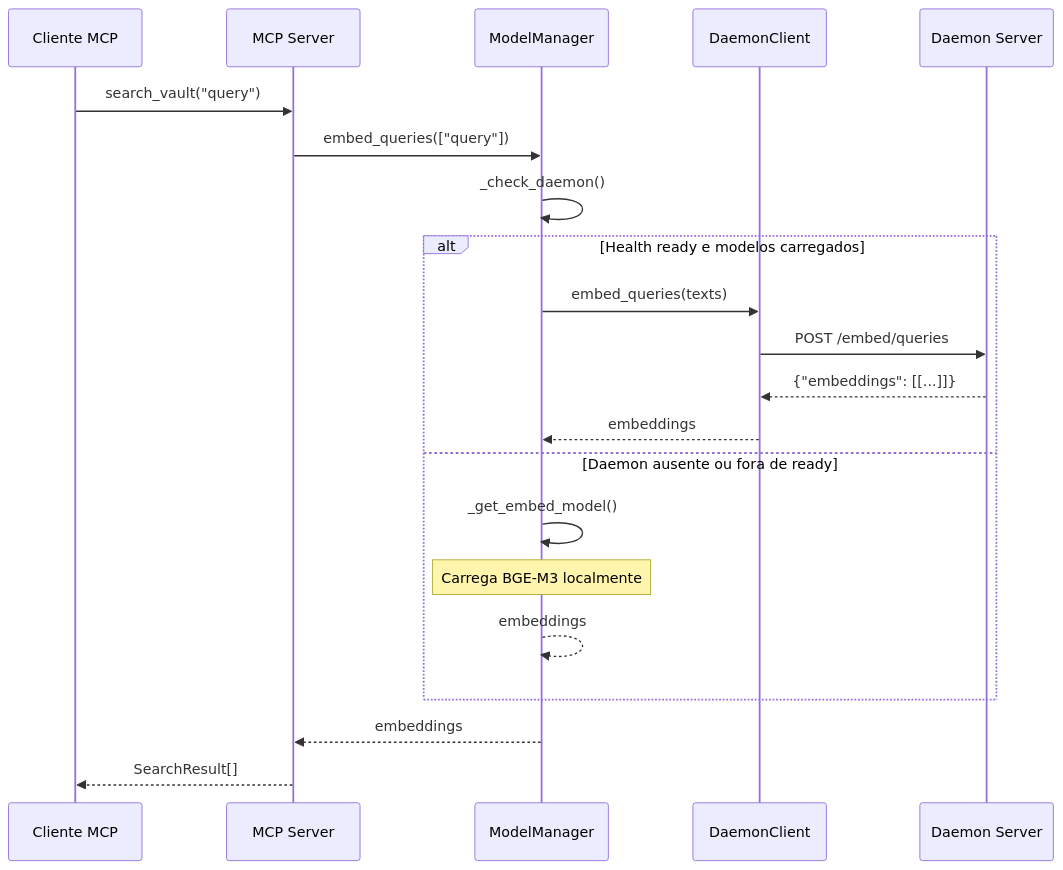
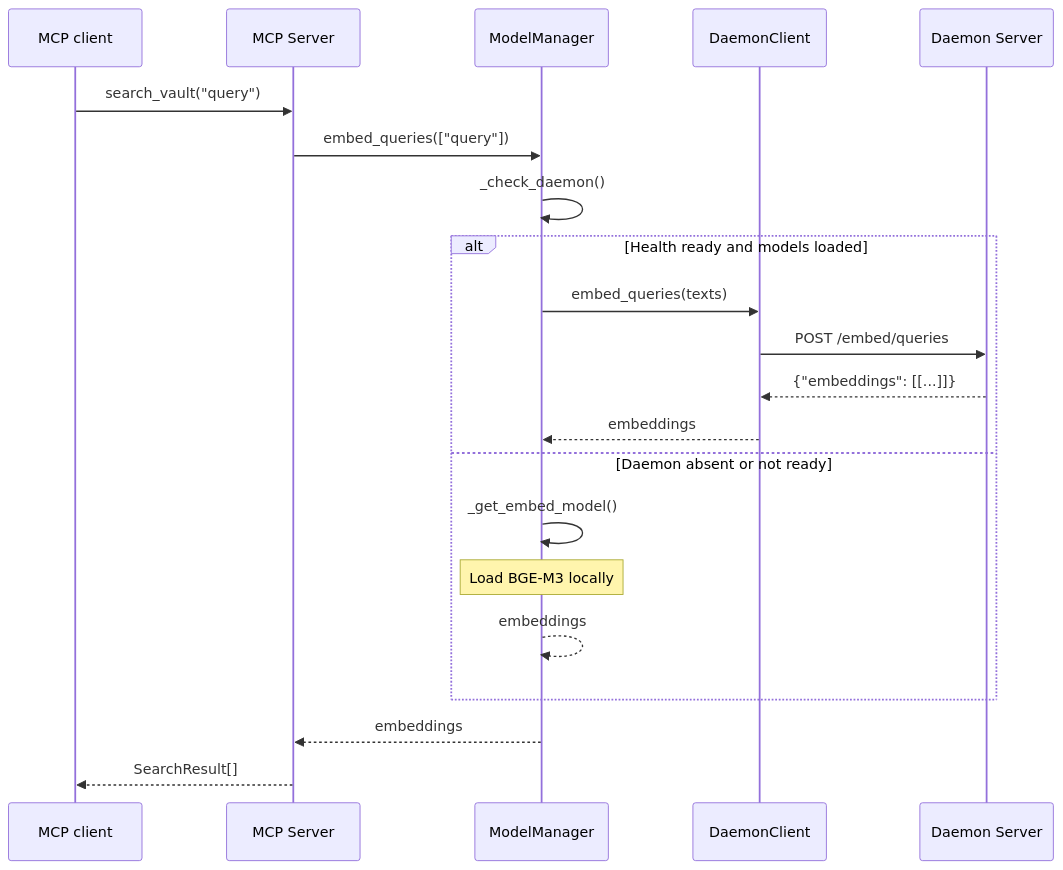
The third of 6 diagrams in docs/architecture/diagrams-daemon.md (everton-dgn/vault-search-mcp), drawn with Mermaid before and after one commit. The commit also changed other lines of this file and 200 other files, not shown here.

````diff
--- a/docs/architecture/diagrams-daemon.md
+++ b/docs/architecture/diagrams-daemon.md
@@ -77,27 +77,27 @@
 ```mermaid
 sequenceDiagram
-    participant CC as Cliente MCP
+    participant CC as MCP client
     participant MCP as MCP Server
     participant MM as ModelManager
     participant DC as DaemonClient
     participant DS as Daemon Server
 
     CC->>MCP: search_vault("query")
     MCP->>MM: embed_queries(["query"])
 
     MM->>MM: _check_daemon()
 
-    alt Health ready e modelos carregados
+    alt Health ready and models loaded
         MM->>DC: embed_queries(texts)
         DC->>DS: POST /embed/queries
         DS-->>DC: {"embeddings": [[...]]}
         DC-->>MM: embeddings
-    else Daemon ausente ou fora de ready
+    else Daemon absent or not ready
         MM->>MM: _get_embed_model()
-        Note over MM: Carrega BGE-M3 localmente
+        Note over MM: Load BGE-M3 locally
         MM-->>MM: embeddings
     end
 
     MM-->>MCP: embeddings
     MCP-->>CC: SearchResult[]
 ```
````
